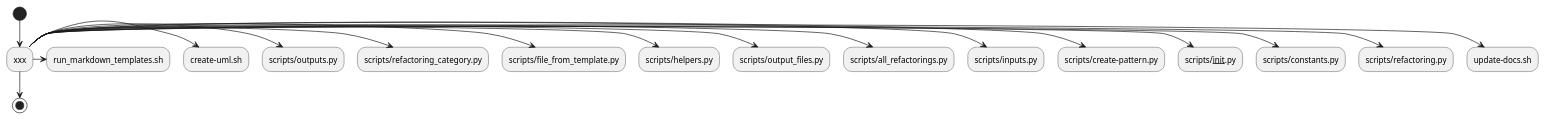
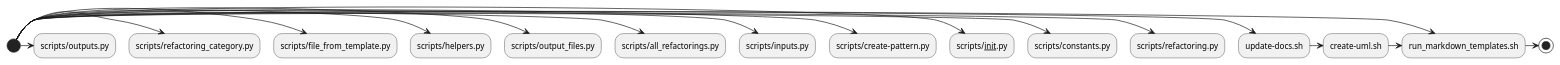
Before and after one commit to claremacrae/RefactoringSamples: the diagram in uml/Scripts/Scripts.puml, drawn with PlantUML.

Commit message:
Simplify structure

```diff
--- a/uml/Scripts/Scripts.puml
+++ b/uml/Scripts/Scripts.puml
@@ -1,18 +1,19 @@
 @startuml
-(*) --> xxx
-xxx -> update-docs.sh
-xxx -> scripts/refactoring.py
-xxx -> scripts/constants.py
-xxx -> scripts/__init__.py
-xxx -> scripts/create-pattern.py
-xxx -> scripts/inputs.py
-xxx -> scripts/all_refactorings.py
-xxx -> scripts/output_files.py
-xxx -> scripts/helpers.py
-xxx -> scripts/file_from_template.py
-xxx -> scripts/refactoring_category.py
-xxx -> scripts/outputs.py
-xxx -> create-uml.sh
-xxx -> run_markdown_templates.sh
-xxx --> (*)
+(*top) -> update-docs.sh
+-> create-uml.sh
+-> run_markdown_templates.sh
+-> (*)
+
+(*) -> scripts/refactoring.py
+(*) -> scripts/constants.py
+(*) -> scripts/__init__.py
+(*) -> scripts/create-pattern.py
+(*) -> scripts/inputs.py
+(*) -> scripts/all_refactorings.py
+(*) -> scripts/output_files.py
+(*) -> scripts/helpers.py
+(*) -> scripts/file_from_template.py
+(*) -> scripts/refactoring_category.py
+(*) -> scripts/outputs.py
+(*) -> run_markdown_templates.sh
 @enduml
```
